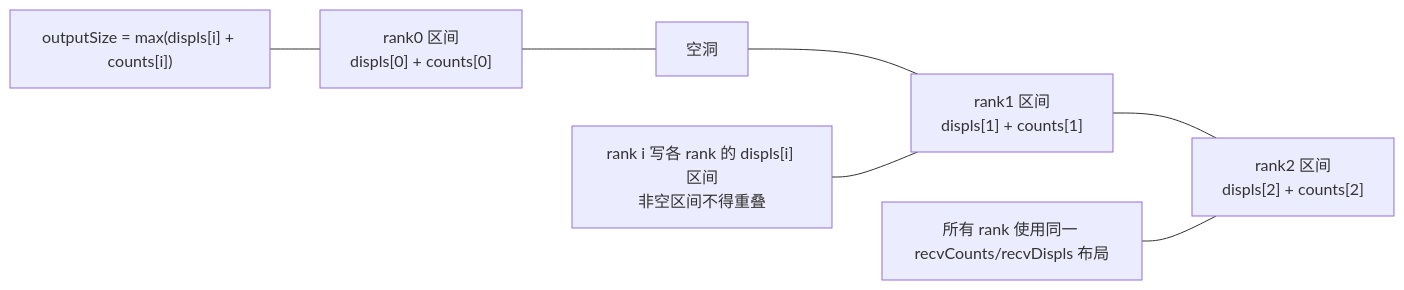
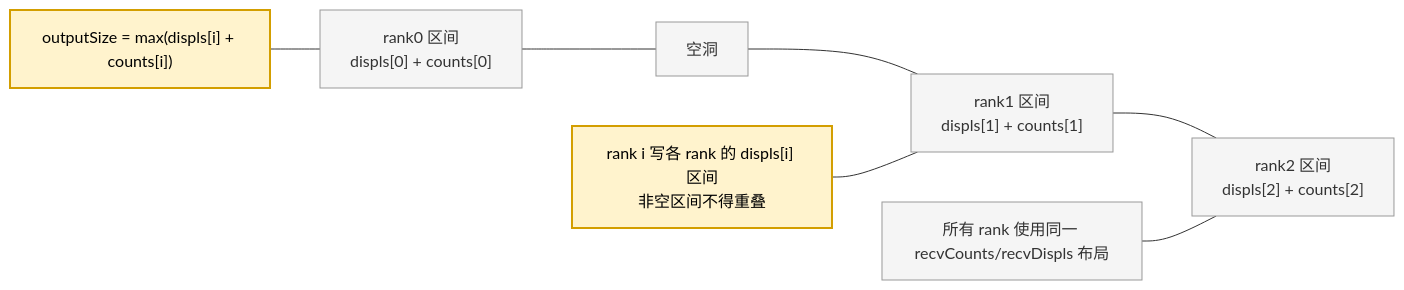
The third of 10 diagrams in design/26RP4/支持allgatherV、reduce算子的零拷贝模式/SRS_SD-AllGatherV与Reduce零拷贝.md (cassielee-tech/my-lib), drawn with Mermaid before and after one commit. The commit also changed other lines of this file, not shown here.

Commit message:
docs: 零拷贝关键流程图增加改动高亮

````diff
--- a/design/26RP4/支持allgatherV、reduce算子的零拷贝模式/SRS_SD-AllGatherV与Reduce零拷贝.md
+++ b/design/26RP4/支持allgatherV、reduce算子的零拷贝模式/SRS_SD-AllGatherV与Reduce零拷贝.md
@@ -188,7 +202,11 @@
 ```mermaid
 flowchart LR
     A["rank0 区间<br/>displs[0] + counts[0]"] --- G["空洞"] --- B["rank1 区间<br/>displs[1] + counts[1]"] --- C["rank2 区间<br/>displs[2] + counts[2]"]
     O["outputSize = max(displs[i] + counts[i])"] --- A
     N["rank i 写各 rank 的 displs[i] 区间<br/>非空区间不得重叠"] --- B
     T["所有 rank 使用同一 recvCounts/recvDispls 布局"] --- C
+    classDef changed fill:#fff3cd,stroke:#d39e00,stroke-width:2px,color:#000;
+    classDef existing fill:#f5f5f5,stroke:#999,color:#333;
+    class O,N changed;
+    class A,G,B,C,T existing;
 ```
````
